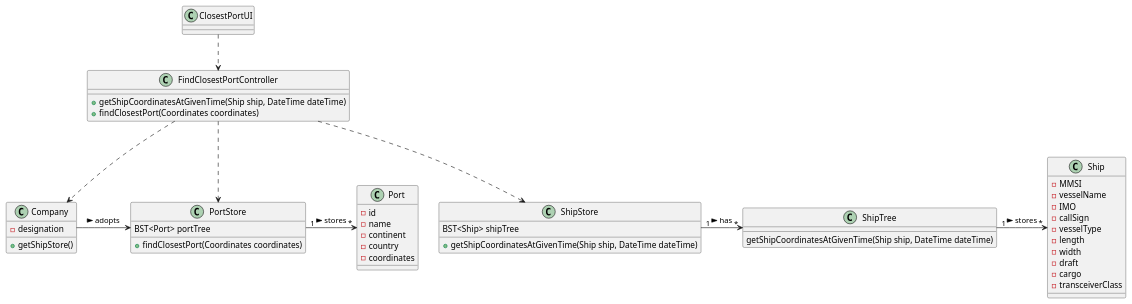
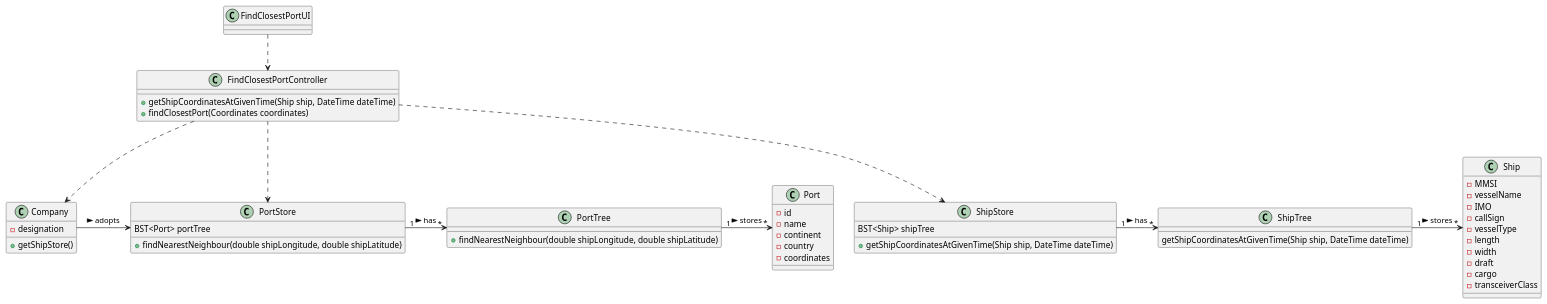
Before and after one commit to mpoboas/lapr3-2021-g102: the diagram in docs/Sprint2/US202/US202_CD.puml, drawn with PlantUML. The commit also changed 1 other file, not shown here.

Commit message:
<G0102-36> Modified class diagram

```diff
--- a/docs/Sprint2/US202/US202_CD.puml
+++ b/docs/Sprint2/US202/US202_CD.puml
@@ -1,61 +1,66 @@
 @startuml
 'https://plantuml.com/class-diagram
 
 class Company {
 -designation
 +getShipStore()
 }
 
-class ClosestPortUI {
+class FindClosestPortUI {
 }
 
 class FindClosestPortController {
 +getShipCoordinatesAtGivenTime(Ship ship, DateTime dateTime)
 +findClosestPort(Coordinates coordinates)
 }
 
 class ShipStore {
 BST<Ship> shipTree
 +getShipCoordinatesAtGivenTime(Ship ship, DateTime dateTime)
 }
 
 class ShipTree {
 getShipCoordinatesAtGivenTime(Ship ship, DateTime dateTime)
 }
 
 class Ship {
 -MMSI
 -vesselName
 -IMO
 -callSign
 -vesselType
 -length
 -width
 -draft
 -cargo
 -transceiverClass
 }
 
 class PortStore {
 BST<Port> portTree
-+findClosestPort(Coordinates coordinates)
++findNearestNeighbour(double shipLongitude, double shipLatitude)
+}
+
+class PortTree {
++findNearestNeighbour(double shipLongitude, double shipLatitude)
 }
 
 class Port {
 -id
 -name
 -continent
 -country
 -coordinates
 }
 
-ClosestPortUI ..> FindClosestPortController
+FindClosestPortUI ..> FindClosestPortController
 Company -> PortStore : adopts >
-PortStore "1" ->  "*" Port: stores >
+PortStore "1" ->  "*" PortTree: has >
+PortTree "1" ->  "*" Port: stores >
 ShipStore "1" ->  "*" ShipTree: has >
 ShipTree "1" ->  "*" Ship: stores >
 FindClosestPortController ..> Company
 FindClosestPortController ..> PortStore
 FindClosestPortController ..> ShipStore
 
 @enduml
```
